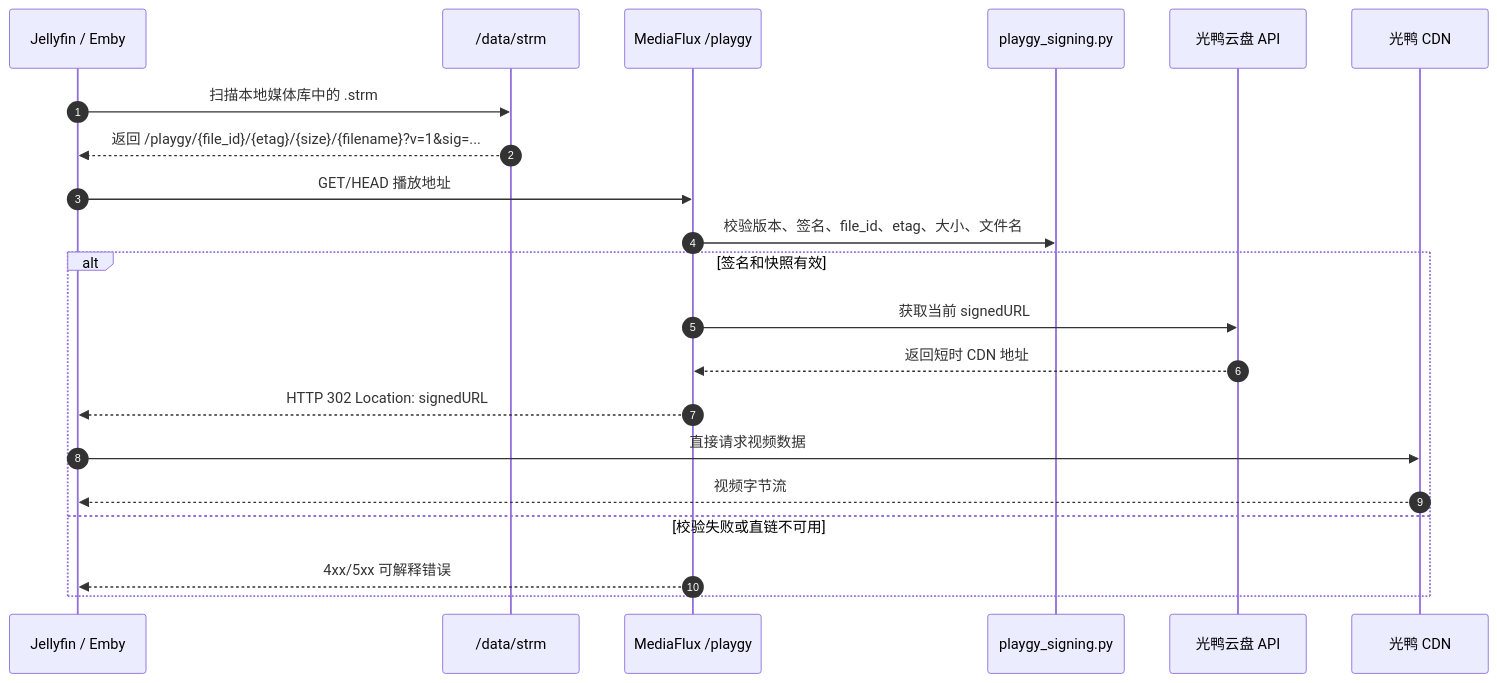
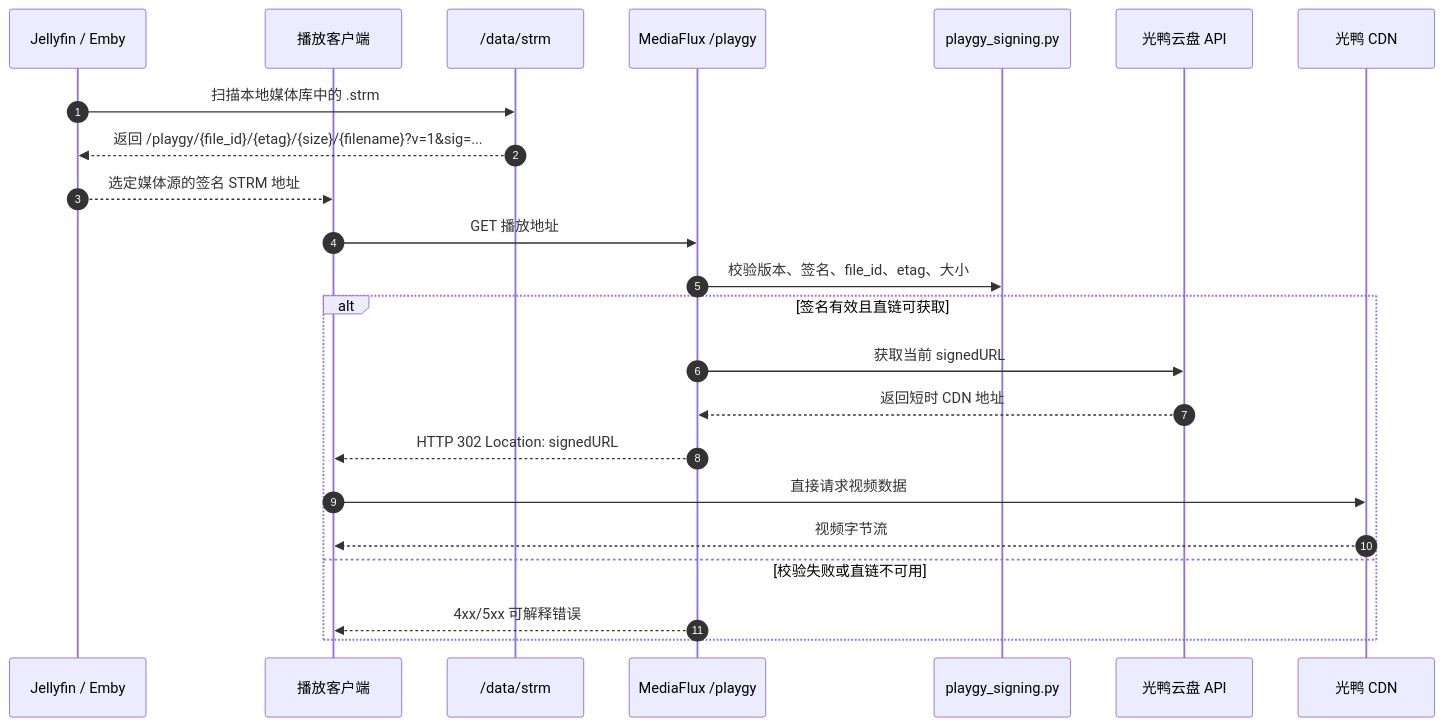
Before and after one commit to li88iioo/MediaFlux: the third of 6 diagrams in docs/项目全链路拓扑图.md, drawn with Mermaid. The commit also changed other lines of this file and 22 other files, not shown here.

````diff
--- a/docs/项目全链路拓扑图.md
+++ b/docs/项目全链路拓扑图.md
@@ -235,24 +255,26 @@
 ```mermaid
 sequenceDiagram
     autonumber
     participant MS as Jellyfin / Emby
+    participant C as 播放客户端
     participant SF as /data/strm
     participant MF as MediaFlux /playgy
     participant SIG as playgy_signing.py
     participant GY as 光鸭云盘 API
     participant CDN as 光鸭 CDN
 
     MS->>SF: 扫描本地媒体库中的 .strm
     SF-->>MS: 返回 /playgy/{file_id}/{etag}/{size}/{filename}?v=1&sig=...
-    MS->>MF: GET/HEAD 播放地址
-    MF->>SIG: 校验版本、签名、file_id、etag、大小、文件名
-    alt 签名和快照有效
+    MS-->>C: 选定媒体源的签名 STRM 地址
+    C->>MF: GET 播放地址
+    MF->>SIG: 校验版本、签名、file_id、etag、大小
+    alt 签名有效且直链可获取
         MF->>GY: 获取当前 signedURL
         GY-->>MF: 返回短时 CDN 地址
-        MF-->>MS: HTTP 302 Location: signedURL
-        MS->>CDN: 直接请求视频数据
-        CDN-->>MS: 视频字节流
+        MF-->>C: HTTP 302 Location: signedURL
+        C->>CDN: 直接请求视频数据
+        CDN-->>C: 视频字节流
     else 校验失败或直链不可用
-        MF-->>MS: 4xx/5xx 可解释错误
+        MF-->>C: 4xx/5xx 可解释错误
     end
 ```
````
